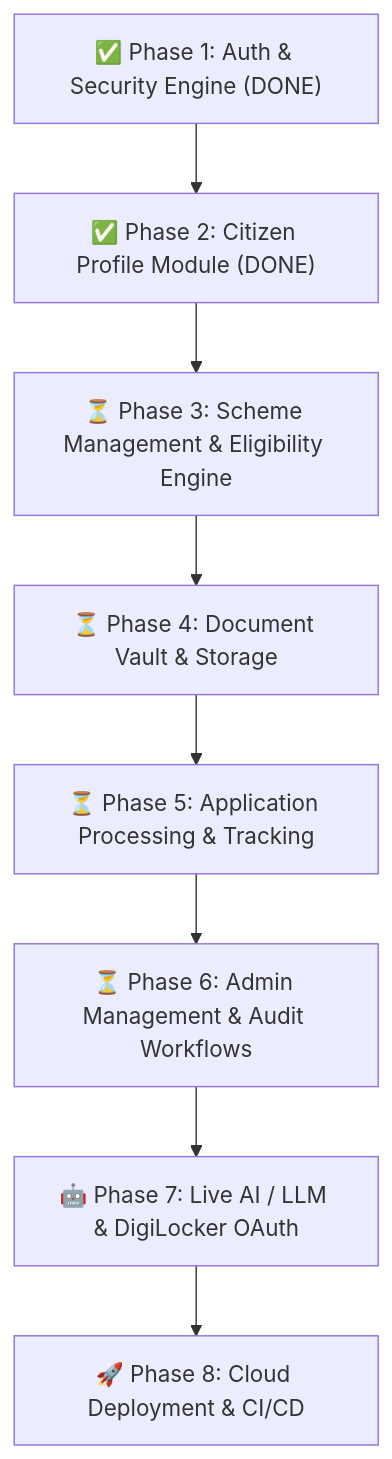
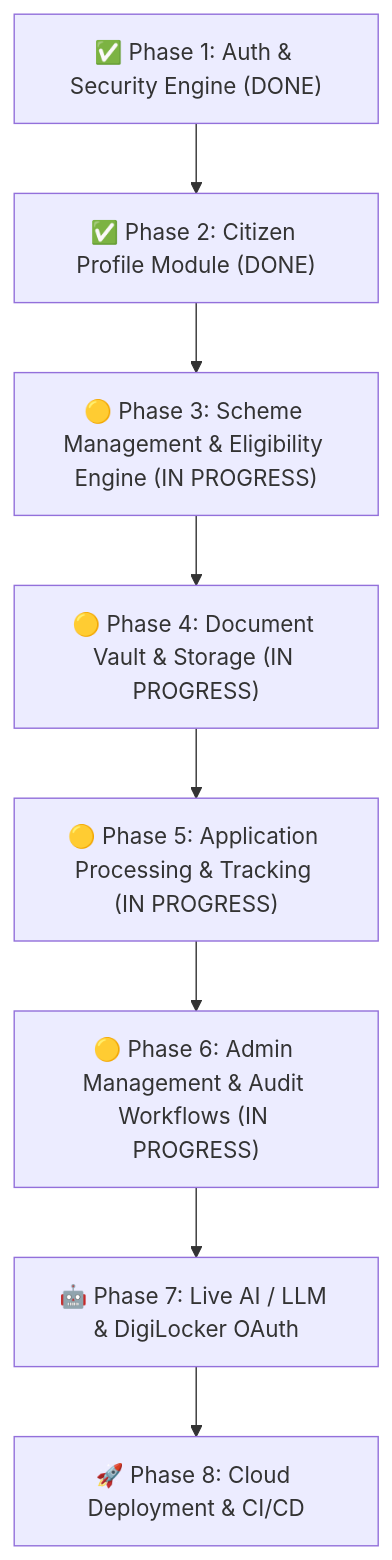
The diagram in PROJECT_PROGRESS_AND_ROADMAP.md (Lathika-Kumar/AI-Based-Government-Scheme-Eligibility-And-Application-Assistant), drawn with Mermaid before and after one commit. The commit also changed other lines of this file and 123 other files, not shown here.

````diff
--- a/PROJECT_PROGRESS_AND_ROADMAP.md
+++ b/PROJECT_PROGRESS_AND_ROADMAP.md
@@ -30,10 +30,10 @@
 ```mermaid
 flowchart TD
     P1["✅ Phase 1: Auth & Security Engine (DONE)"] --> P2["✅ Phase 2: Citizen Profile Module (DONE)"]
-    P2 --> P3["⏳ Phase 3: Scheme Management & Eligibility Engine"]
-    P3 --> P4["⏳ Phase 4: Document Vault & Storage"]
-    P4 --> P5["⏳ Phase 5: Application Processing & Tracking"]
-    P5 --> P6["⏳ Phase 6: Admin Management & Audit Workflows"]
+    P2 --> P3["🟡 Phase 3: Scheme Management & Eligibility Engine (IN PROGRESS)"]
+    P3 --> P4["🟡 Phase 4: Document Vault & Storage (IN PROGRESS)"]
+    P4 --> P5["🟡 Phase 5: Application Processing & Tracking (IN PROGRESS)"]
+    P5 --> P6["🟡 Phase 6: Admin Management & Audit Workflows (IN PROGRESS)"]
     P6 --> P7["🤖 Phase 7: Live AI / LLM & DigiLocker OAuth"]
     P7 --> P8["🚀 Phase 8: Cloud Deployment & CI/CD"]
 ```
````
